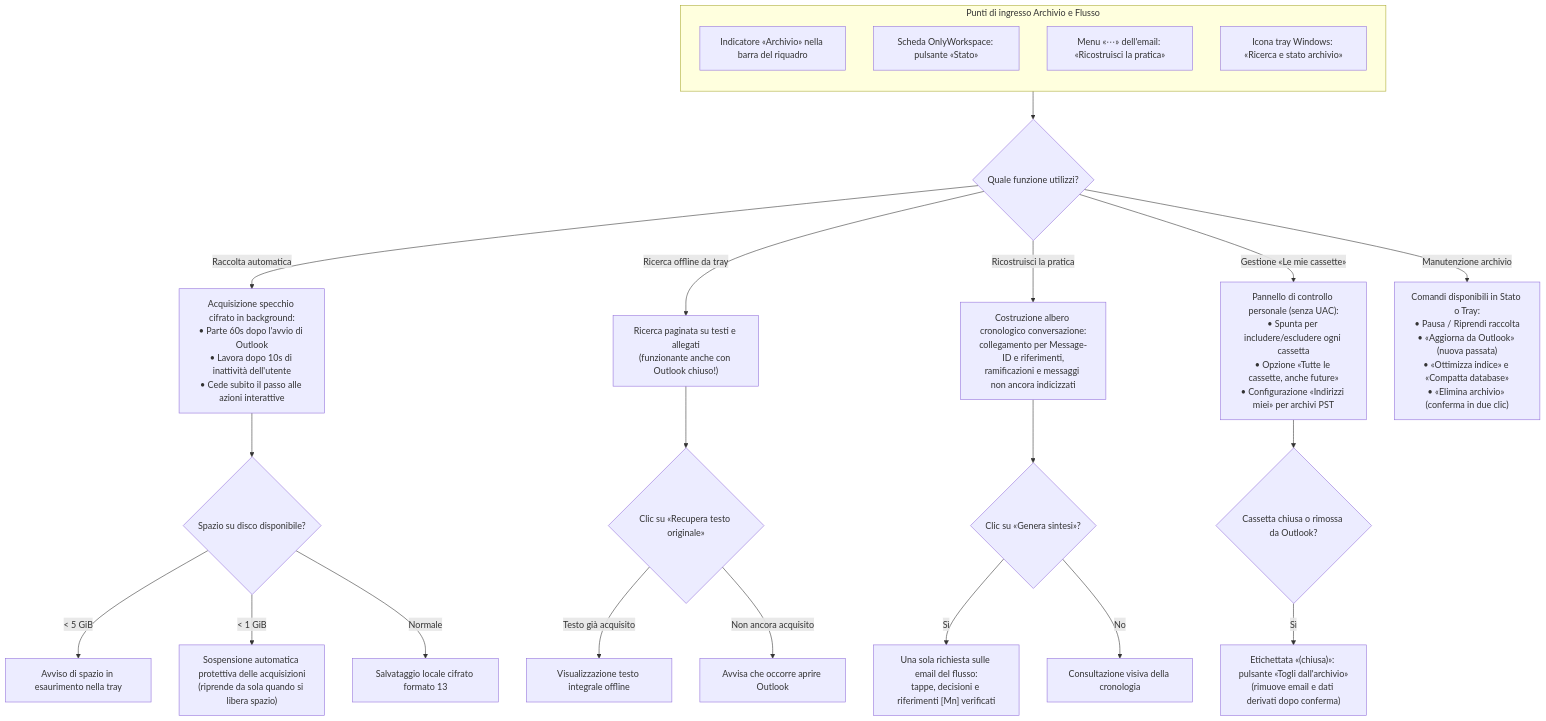
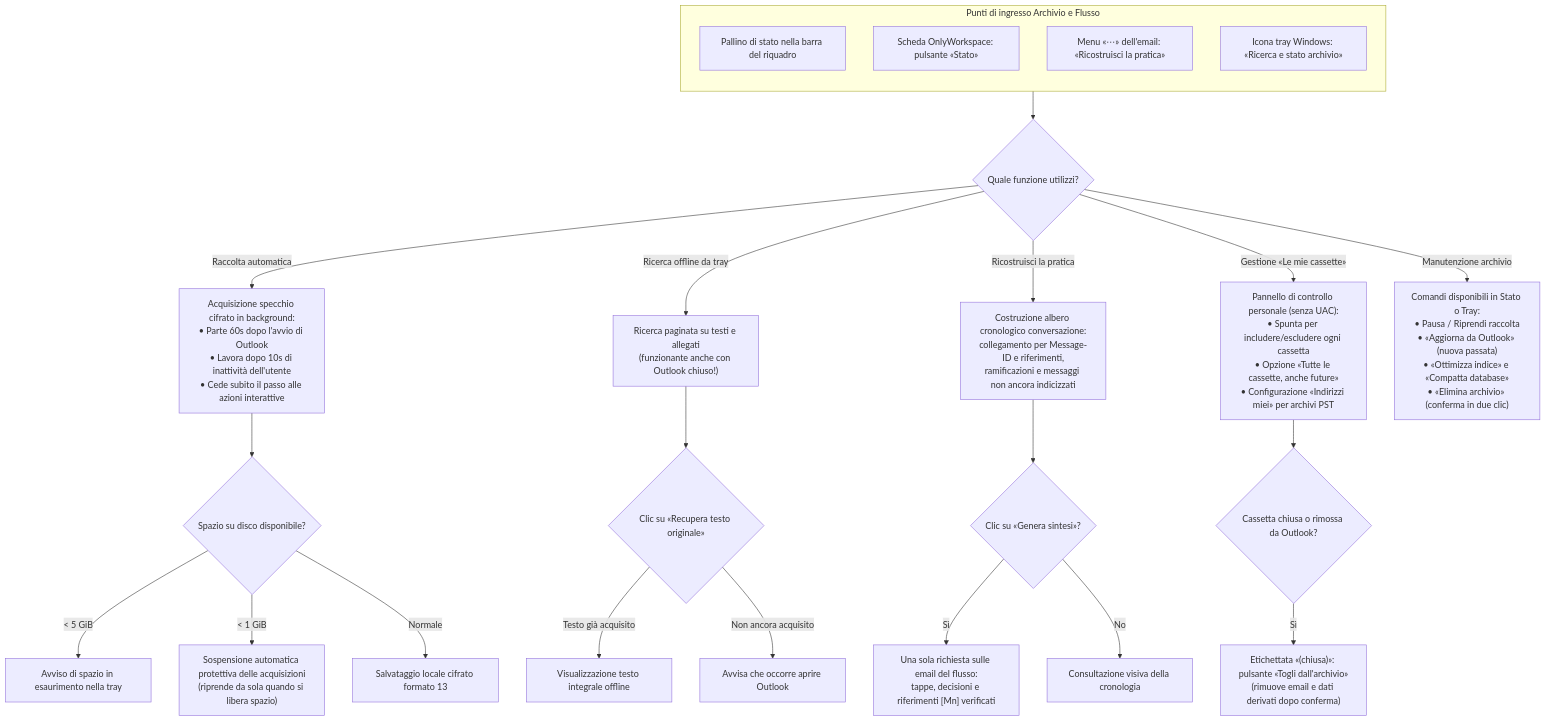
The fifth of 6 diagrams in docs/utente/guida-visiva.md (dennidalpos/OnlyWorkspace), drawn with Mermaid before and after one commit. The commit also changed 55 other files, not shown here.

First line of the commit message:
Maschera il testo libero a Standard ed Esteso, aggiunge area del servizio e pallino di stato unico

````diff
--- a/docs/utente/guida-visiva.md
+++ b/docs/utente/guida-visiva.md
@@ -258,34 +258,34 @@
 ```mermaid
 flowchart TD
     subgraph INGRESSO_ARCH["Punti di ingresso Archivio e Flusso"]
         direction TB
-        AR1["Indicatore «Archivio» nella barra del riquadro"]
+        AR1["Pallino di stato nella barra del riquadro"]
         AR2["Scheda OnlyWorkspace: pulsante «Stato»"]
         AR3["Menu «⋯» dell'email: «Ricostruisci la pratica»"]
         AR4["Icona tray Windows: «Ricerca e stato archivio»"]
     end
 
     INGRESSO_ARCH --> SCELTA_ARCH{"Quale funzione utilizzi?"}
 
     SCELTA_ARCH -->|"Raccolta automatica"| BK_RACCOLTA["Acquisizione specchio cifrato in background:<br/>• Parte 60s dopo l'avvio di Outlook<br/>• Lavora dopo 10s di inattività dell'utente<br/>• Cede subito il passo alle azioni interattive"]
     BK_RACCOLTA --> CHECK_DISCO{"Spazio su disco disponibile?"}
     CHECK_DISCO -->|"< 5 GiB"| WARN_DISCO["Avviso di spazio in esaurimento nella tray"]
     CHECK_DISCO -->|"< 1 GiB"| SUSP_DISCO["Sospensione automatica protettiva delle acquisizioni<br/>(riprende da sola quando si libera spazio)"]
     CHECK_DISCO -->|"Normale"| SALVA_DB["Salvataggio locale cifrato formato 13"]
 
     SCELTA_ARCH -->|"Ricerca offline da tray"| TRAY_SEARCH["Ricerca paginata su testi e allegati<br/>(funzionante anche con Outlook chiuso!)"]
     TRAY_SEARCH --> RECUPERO_ORIG{"Clic su «Recupera testo originale»"}
     RECUPERO_ORIG -->|"Testo già acquisito"| VIEW_OFFLINE["Visualizzazione testo integrale offline"]
     RECUPERO_ORIG -->|"Non ancora acquisito"| NEED_OUTLOOK["Avvisa che occorre aprire Outlook"]
 
     SCELTA_ARCH -->|"Ricostruisci la pratica"| FLOW_TREE["Costruzione albero cronologico conversazione:<br/>collegamento per Message-ID e riferimenti,<br/>ramificazioni e messaggi non ancora indicizzati"]
     FLOW_TREE --> BTN_SINT_FLOW{"Clic su «Genera sintesi»?"}
     BTN_SINT_FLOW -->|"Sì"| RUN_SINT_FLOW["Una sola richiesta sulle email del flusso:<br/>tappe, decisioni e riferimenti [Mn] verificati"]
     BTN_SINT_FLOW -->|"No"| VIEW_FLOW["Consultazione visiva della cronologia"]
 
     SCELTA_ARCH -->|"Gestione «Le mie cassette»"| MIE_CASSETTE["Pannello di controllo personale (senza UAC):<br/>• Spunta per includere/escludere ogni cassetta<br/>• Opzione «Tutte le cassette, anche future»<br/>• Configurazione «Indirizzi miei» per archivi PST"]
     MIE_CASSETTE --> GEST_CHIUSE{"Cassetta chiusa o rimossa da Outlook?"}
     GEST_CHIUSE -->|"Sì"| BTN_DEL_BOX["Etichettata «(chiusa)»: pulsante «Togli dall'archivio»<br/>(rimuove email e dati derivati dopo conferma)"]
 
     SCELTA_ARCH -->|"Manutenzione archivio"| MANUTENZIONE["Comandi disponibili in Stato o Tray:<br/>• Pausa / Riprendi raccolta<br/>• «Aggiorna da Outlook» (nuova passata)<br/>• «Ottimizza indice» e «Compatta database»<br/>• «Elimina archivio» (conferma in due clic)"]
 ```
````
